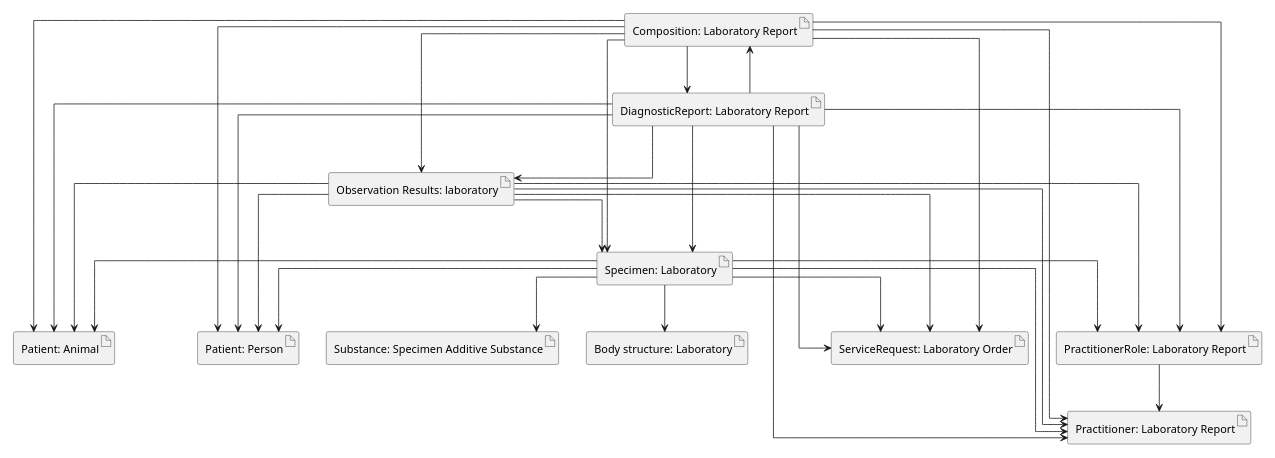
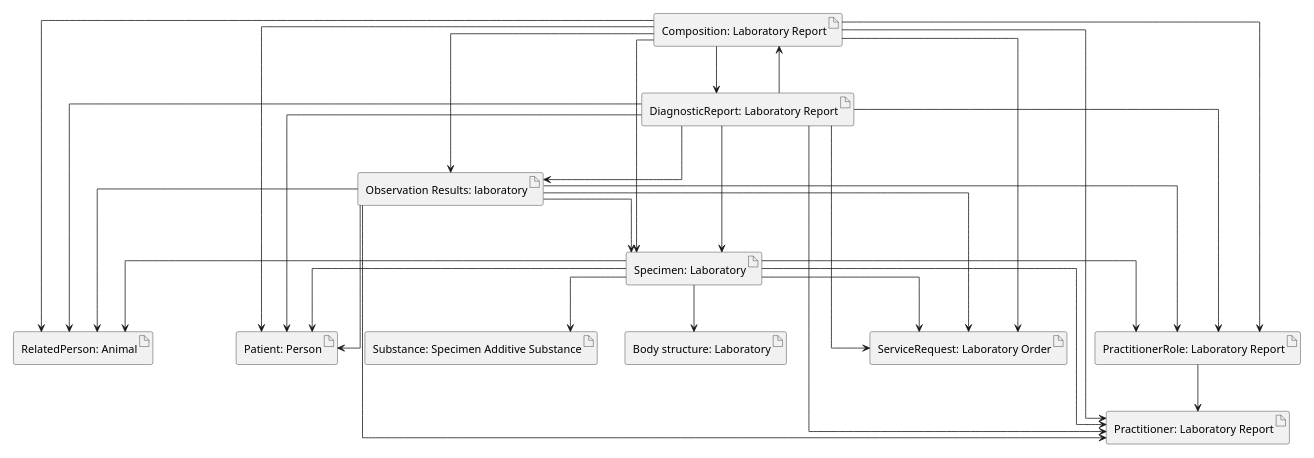
One commit to hl7-eu/laboratory changed the diagram in input/images-source/links-overview.plantuml. Above: the diagram before and after it, drawn with PlantUML. The commit also changed 1 other file, not shown here.

Commit message:
Update plantuml files to reference RelatedPerson: Animal instead of Patient: Animal

```diff
--- a/input/images-source/links-overview.plantuml
+++ b/input/images-source/links-overview.plantuml
@@ -1,67 +1,67 @@
 @startuml
 
 skinparam linetype ortho
 scale 0.6
 
 artifact "Composition: Laboratory Report" as composition
 artifact "DiagnosticReport: Laboratory Report" as diagnosticReport
 artifact "Observation Results: laboratory" as result
-artifact "Patient: Animal" as animalPatient
+artifact "RelatedPerson: Animal" as animalSpecimen
 artifact "Patient: Person" as humanPatient
 artifact "Practitioner: Laboratory Report" as Practitioner
 artifact "PractitionerRole: Laboratory Report" as PractitionerRole
 artifact "ServiceRequest: Laboratory Order" as ServiceRequest
 artifact "Specimen: Laboratory" as Specimen
 artifact "Substance: Specimen Additive Substance" as Substance
 artifact "Body structure: Laboratory" as bodyStructure
 
 
 url of composition is  [[StructureDefinition-Composition-eu-lab.html]]
 url of diagnosticReport is  [[StructureDefinition-DiagnosticReport-eu-lab.html]]
 url of result [[StructureDefinition-Observation-resultslab-eu-lab.html]]
 url of humanPatient [[https://hl7.eu/fhir/base/StructureDefinition-patient-eu-core.html]]
-url of animalPatient [[StructureDefinition-Patient-animal-eu-lab.html]]
+url of animalSpecimen [[StructureDefinition-animal-specimen-eu-lab.html]]
 url of Practitioner [[https://hl7.eu/fhir/base/StructureDefinition-practitioner-eu-core.html]]
 url of PractitionerRole [[https://hl7.eu/fhir/base/StructureDefinition-practitionerRole-eu-core.html]]
 url of ServiceRequest [[StructureDefinition-ServiceRequest-eu-lab.html]]
 url of Specimen [[StructureDefinition-Specimen-eu-lab.html]]
 url of Substance [[StructureDefinition-Substance-additive-eu-lab.html]]
 url of bodyStructure [[https://hl7.eu/fhir/base/StructureDefinition-bodyStructure-eu-core.html]]
 
 
 diagnosticReport --> composition
 diagnosticReport --> result
-diagnosticReport --> animalPatient
+diagnosticReport --> animalSpecimen
 diagnosticReport --> humanPatient
 diagnosticReport --> Practitioner
 diagnosticReport --> PractitionerRole
 diagnosticReport --> ServiceRequest
 diagnosticReport --> Specimen
 
 composition --> result
 composition --> diagnosticReport
-composition --> animalPatient
+composition --> animalSpecimen
 composition --> humanPatient
 composition --> Practitioner
 composition --> PractitionerRole
 composition --> ServiceRequest
 composition --> Specimen
 
-result --> animalPatient
+result --> animalSpecimen
 result --> humanPatient
 result --> Practitioner
 result --> PractitionerRole
 result --> ServiceRequest
 result --> Specimen
 
-Specimen --> animalPatient
+Specimen --> animalSpecimen
 Specimen --> humanPatient
 Specimen --> Practitioner
 Specimen --> PractitionerRole
 Specimen --> ServiceRequest
 Specimen --> Substance
 Specimen --> bodyStructure
 
 PractitionerRole --> Practitioner
 
 @enduml
```
